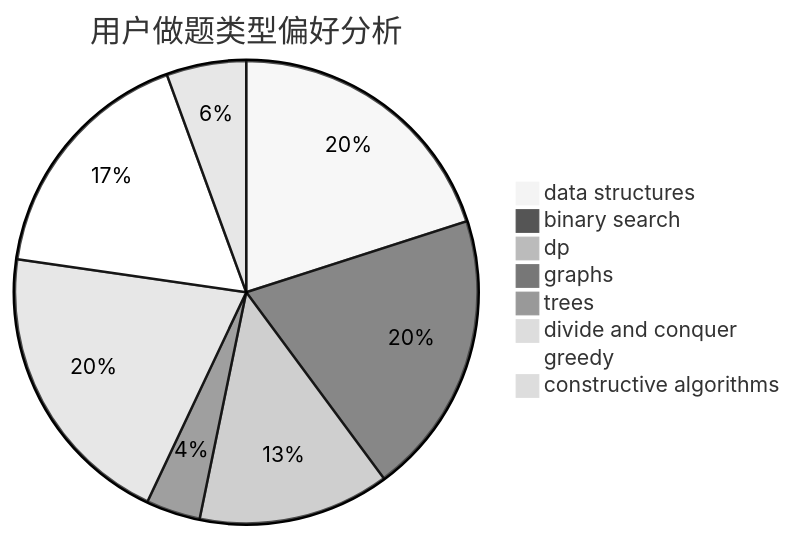
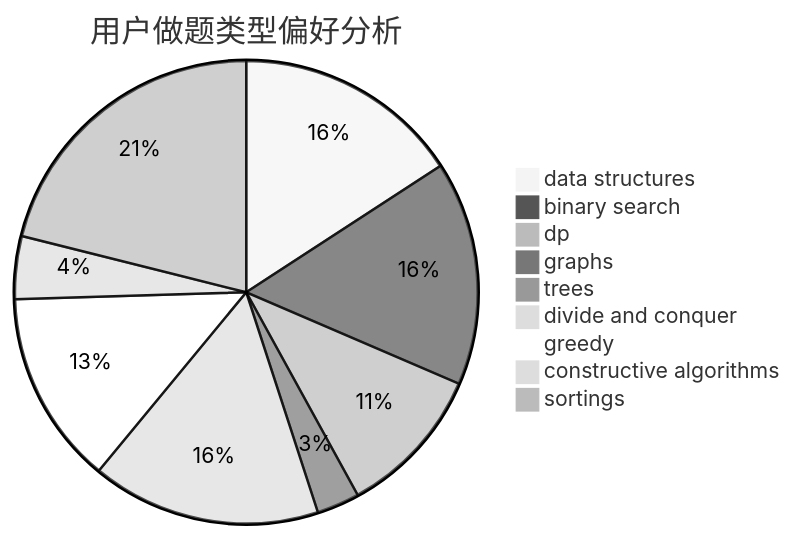
Before and after one commit to sherpahu/cfrs.github.io: the second of 3 diagrams in docs/user/u963.md, drawn with Mermaid (neutral theme). The commit also changed other lines of this file and 2769 other files, not shown here.

````diff
--- a/docs/user/u963.md
+++ b/docs/user/u963.md
@@ -23,11 +18,12 @@
 ```mermaid
 pie title 用户做题类型偏好分析
     "data structures" :  90
     "binary search" :  89
     "dp" :  60
     "graphs" :  17
     "trees" :  2
     "divide and conquer" :  91
     "greedy" :  77
     "constructive algorithms" :  25
+    "sortings" :  120
 ```
````
